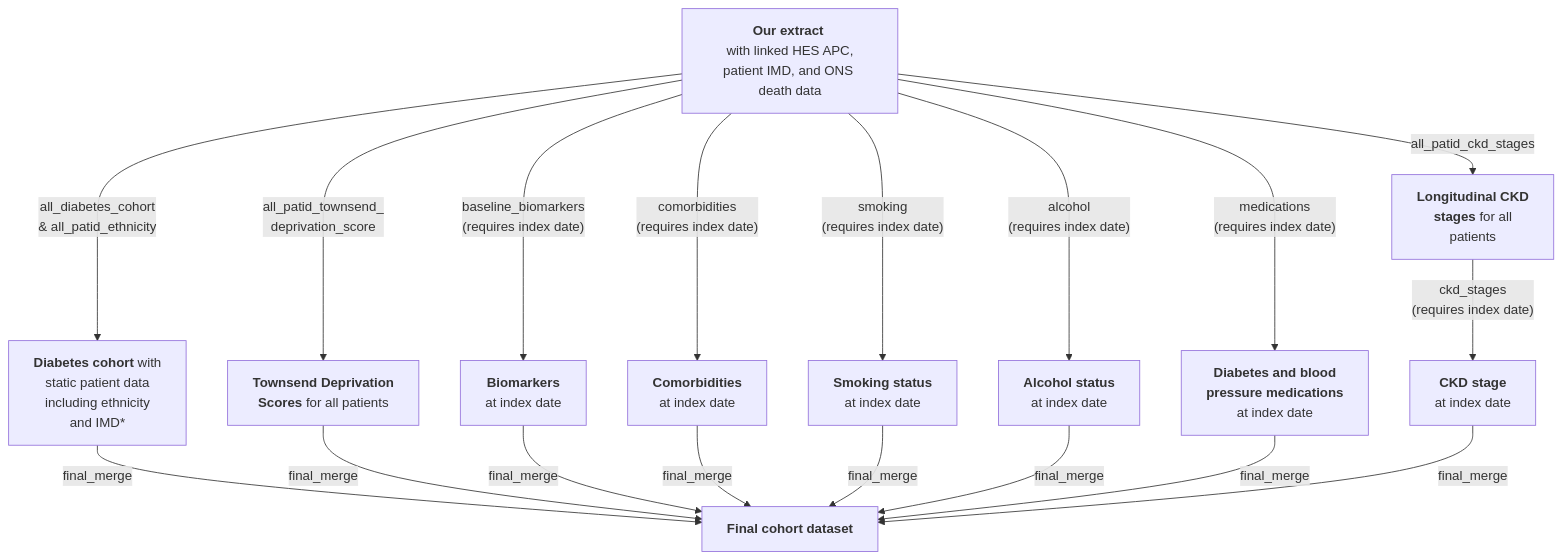
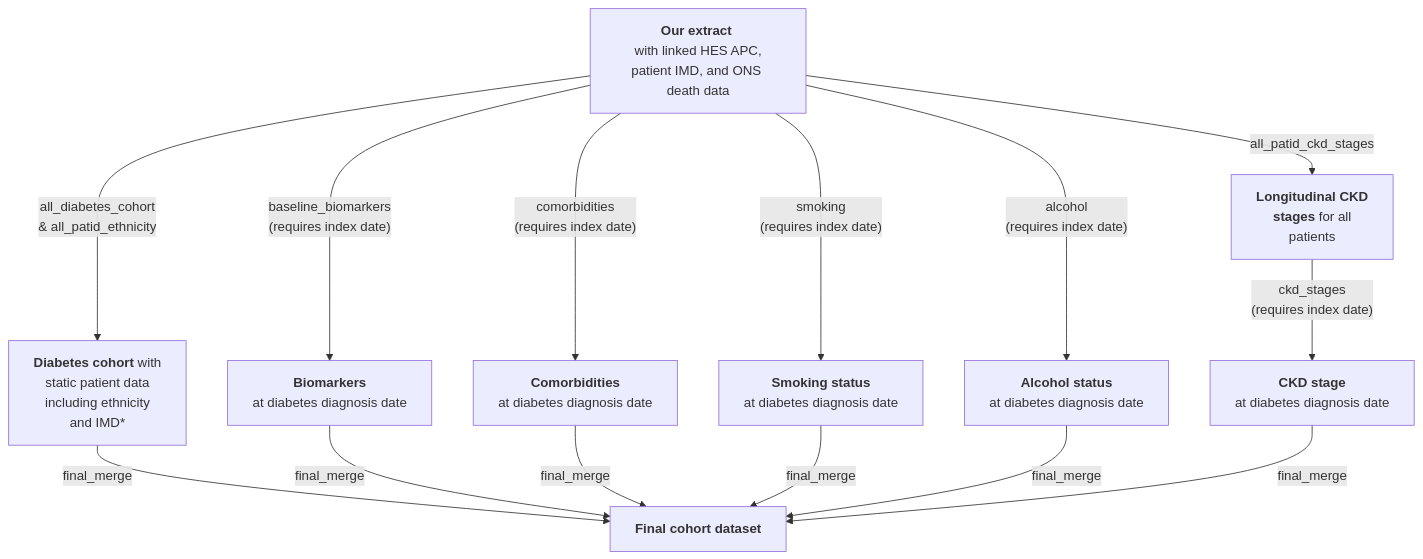
Before and after one commit to Exeter-Diabetes/CPRD-Cohort-scripts: the diagram in 01-At-diagnosis/README.md, drawn with Mermaid. The commit also changed other lines of this file, not shown here.

````diff
--- a/01-At-diagnosis/README.md
+++ b/01-At-diagnosis/README.md
@@ -11,20 +11,16 @@
 ```mermaid
 graph TD;
     A["<b>Our extract</b> <br> with linked HES APC, patient IMD, and ONS death data"] --> |"all_diabetes_cohort <br> & all_patid_ethnicity"|B["<b>Diabetes cohort</b> with <br> static patient data <br> including ethnicity <br> and IMD*"]
     A-->|"all_patid_ckd_stages"|C["<b>Longitudinal CKD <br> stages</b> for all <br> patients"]
-    A-->|"all_patid_townsend_ <br> deprivation_score"|D["<b>Townsend Deprivation <br> Scores</b> for all patients"]
-    A-->|"baseline_biomarkers <br> (requires index date)"|E["<b>Biomarkers</b> <br> at index date"]
-    A-->|"comorbidities <br> (requires index date)"|F["<b>Comorbidities</b> <br> at index date"]
-    A-->|"smoking <br> (requires index date)"|G["<b>Smoking status</b> <br> at index date"]
-    A-->|"alcohol <br> (requires index date)"|H["<b>Alcohol status</b> <br> at index date"]
-    A-->|"medications <br> (requires index date)"|K["<b>Diabetes and blood <br> pressure medications</b> <br> at index date"]
-    C-->|"ckd_stages <br> (requires index date)"|I["<b>CKD stage </b> <br> at index date"]
+    A-->|"baseline_biomarkers <br> (requires index date)"|E["<b>Biomarkers</b> <br> at diabetes diagnosis date"]
+    A-->|"comorbidities <br> (requires index date)"|F["<b>Comorbidities</b> <br> at diabetes diagnosis date"]
+    A-->|"smoking <br> (requires index date)"|G["<b>Smoking status</b> <br> at diabetes diagnosis date"]
+    A-->|"alcohol <br> (requires index date)"|H["<b>Alcohol status</b> <br> at diabetes diagnosis date"]
+    C-->|"ckd_stages <br> (requires index date)"|I["<b>CKD stage </b> <br> at diabetes diagnosis date"]
     B-->|"final_merge"|J["<b>Final cohort dataset</b>"]
-    D-->|"final_merge"|J
     E-->|"final_merge"|J
     F-->|"final_merge"|J
     G-->|"final_merge"|J
     H-->|"final_merge"|J
-    K-->|"final_merge"|J
     I-->|"final_merge"|J    
 ```
````
